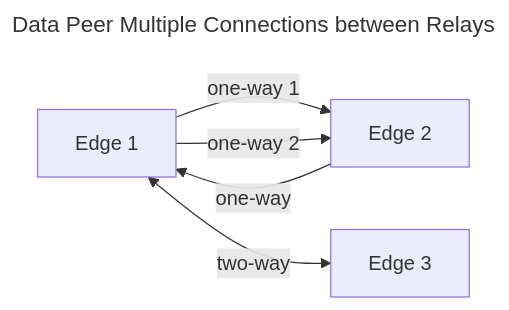
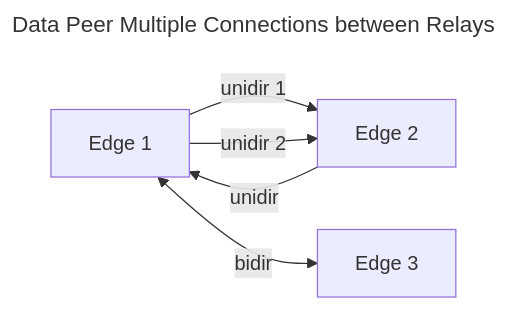
One commit to Quicr/laps changed the eighth of 14 diagrams in docs/peering.md. Above: the diagram before and after it, drawn with Mermaid. The commit also changed other lines of this file and 1 other file, not shown here.

````diff
--- a/docs/peering.md
+++ b/docs/peering.md
@@ -397,10 +410,10 @@
 ```mermaid
 ---
 title: Data Peer Multiple Connections between Relays
 ---
 flowchart LR
-    E1[Edge 1] -- "one-way 1" --> E2[Edge 2]
-    E1 -- "one-way 2" --> E2
-    E2 -- "one-way" --> E1
-    E1 <-- "two-way" --> E3[Edge 3]
+    E1[Edge 1] -- "unidir 1" --> E2[Edge 2]
+    E1 -- "unidir 2" --> E2
+    E2 -- "unidir" --> E1
+    E1 <-- "bidir" --> E3[Edge 3]
 ```
````
